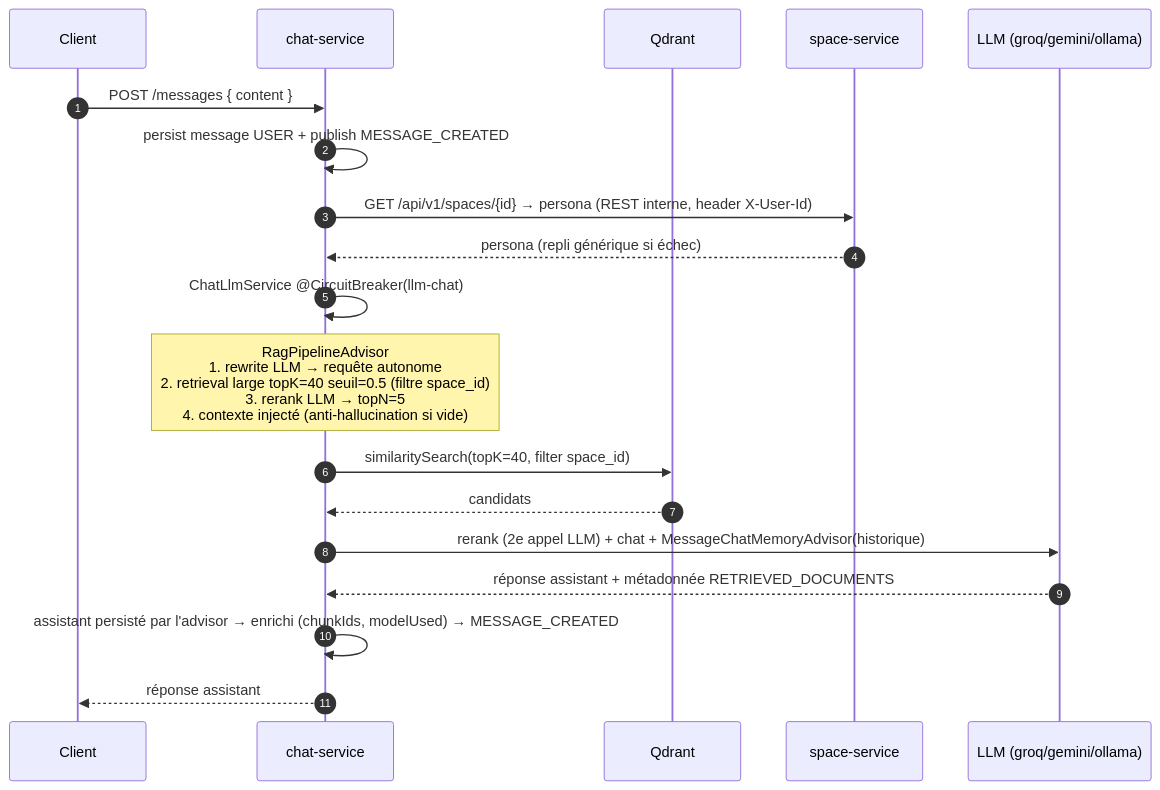
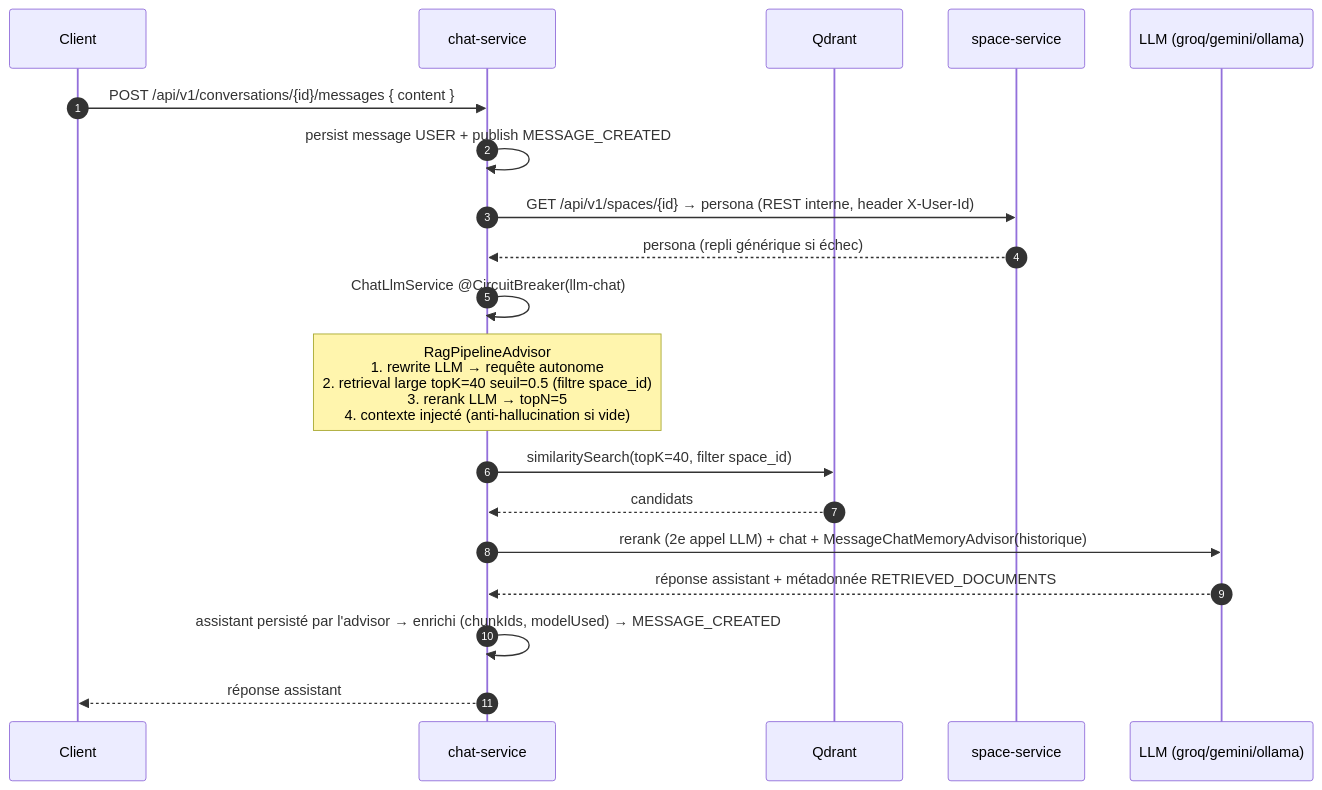
The diagram in chat-service/README.md (MixMaster2005/TsimokaAI), drawn with Mermaid before and after one commit. The commit also changed other lines of this file and 5 other files, not shown here.

````diff
--- a/chat-service/README.md
+++ b/chat-service/README.md
@@ -83,21 +84,21 @@
 ```mermaid
 sequenceDiagram
     autonumber
     participant C as Client
     participant U as chat-service
     participant V as Qdrant
     participant S as space-service
     participant L as LLM (groq/gemini/ollama)
-    C->>U: POST /messages { content }
+    C->>U: POST /api/v1/conversations/{id}/messages { content }
     U->>U: persist message USER + publish MESSAGE_CREATED
     U->>S: GET /api/v1/spaces/{id} → persona (REST interne, header X-User-Id)
     S-->>U: persona (repli générique si échec)
     U->>U: ChatLlmService @CircuitBreaker(llm-chat)
     Note over U: RagPipelineAdvisor<br/>1. rewrite LLM → requête autonome<br/>2. retrieval large topK=40 seuil=0.5 (filtre space_id)<br/>3. rerank LLM → topN=5<br/>4. contexte injecté (anti-hallucination si vide)
     U->>V: similaritySearch(topK=40, filter space_id)
     V-->>U: candidats
     U->>L: rerank (2e appel LLM) + chat + MessageChatMemoryAdvisor(historique)
     L-->>U: réponse assistant + métadonnée RETRIEVED_DOCUMENTS
     U->>U: assistant persisté par l'advisor → enrichi (chunkIds, modelUsed) → MESSAGE_CREATED
     U-->>C: réponse assistant
 ```
````
